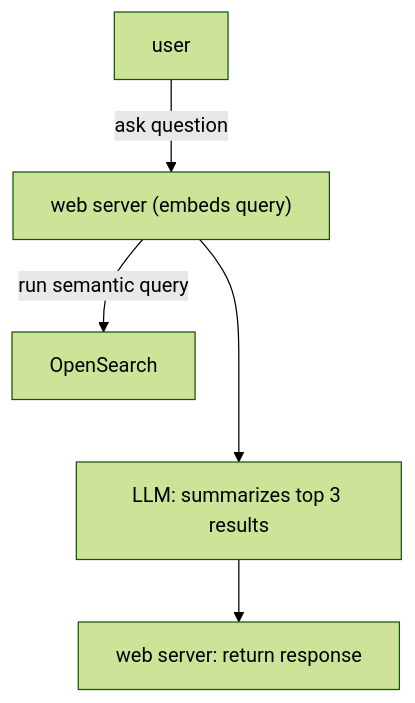
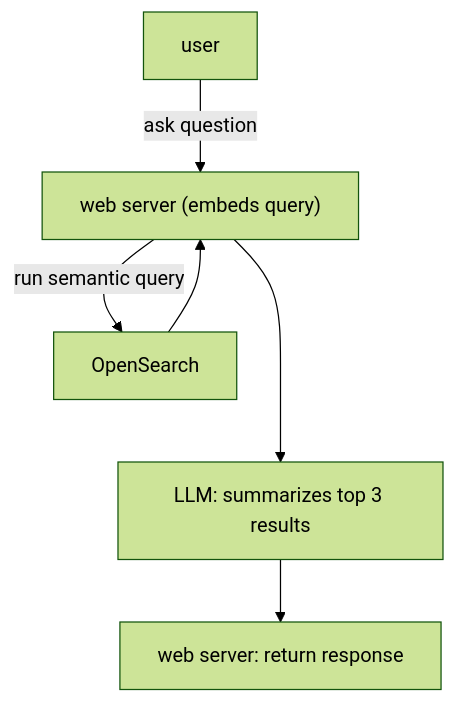
Before and after one commit to bkentropy/repo-indexer: the second of 2 diagrams in README.md, drawn with Mermaid (forest theme).

Commit message:
tweak readme

````diff
--- a/README.md
+++ b/README.md
@@ -22,7 +22,8 @@
 ```mermaid
 graph TD;
 U["user"] --> |"ask question"| A["web server (embeds query)"]
 A --> |"run semantic query"| B["OpenSearch"]
+B --> A
 A ---> C["LLM: summarizes top 3 results"]
 C --> D["web server: return response"]
 ```
````
